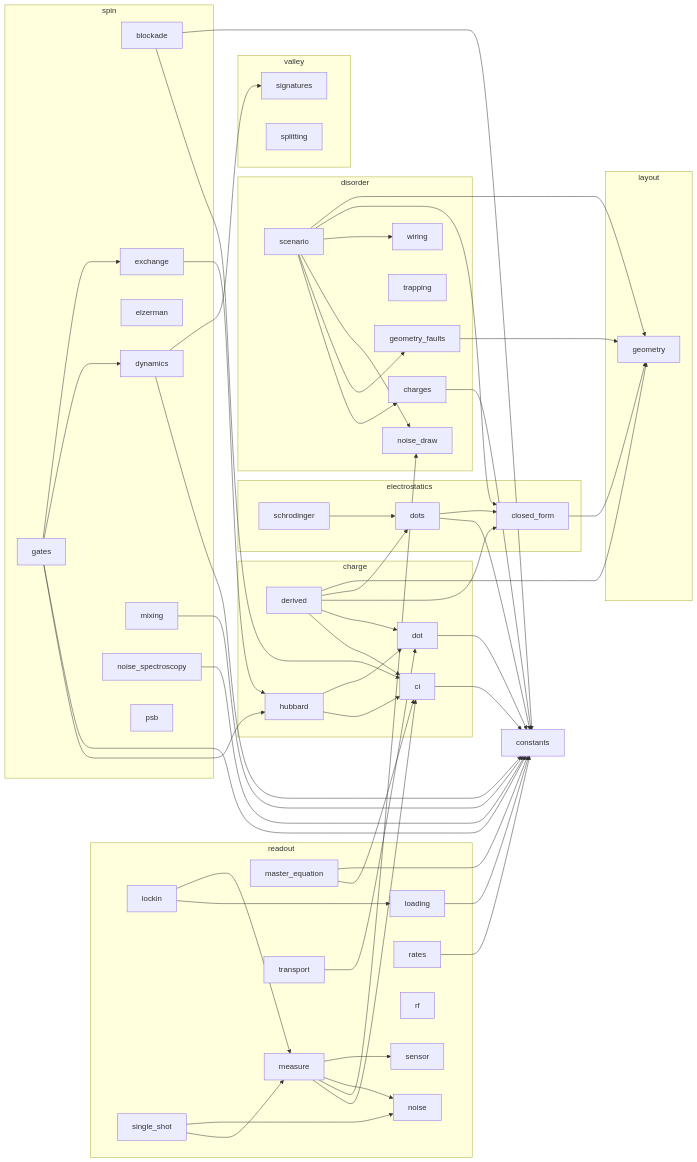
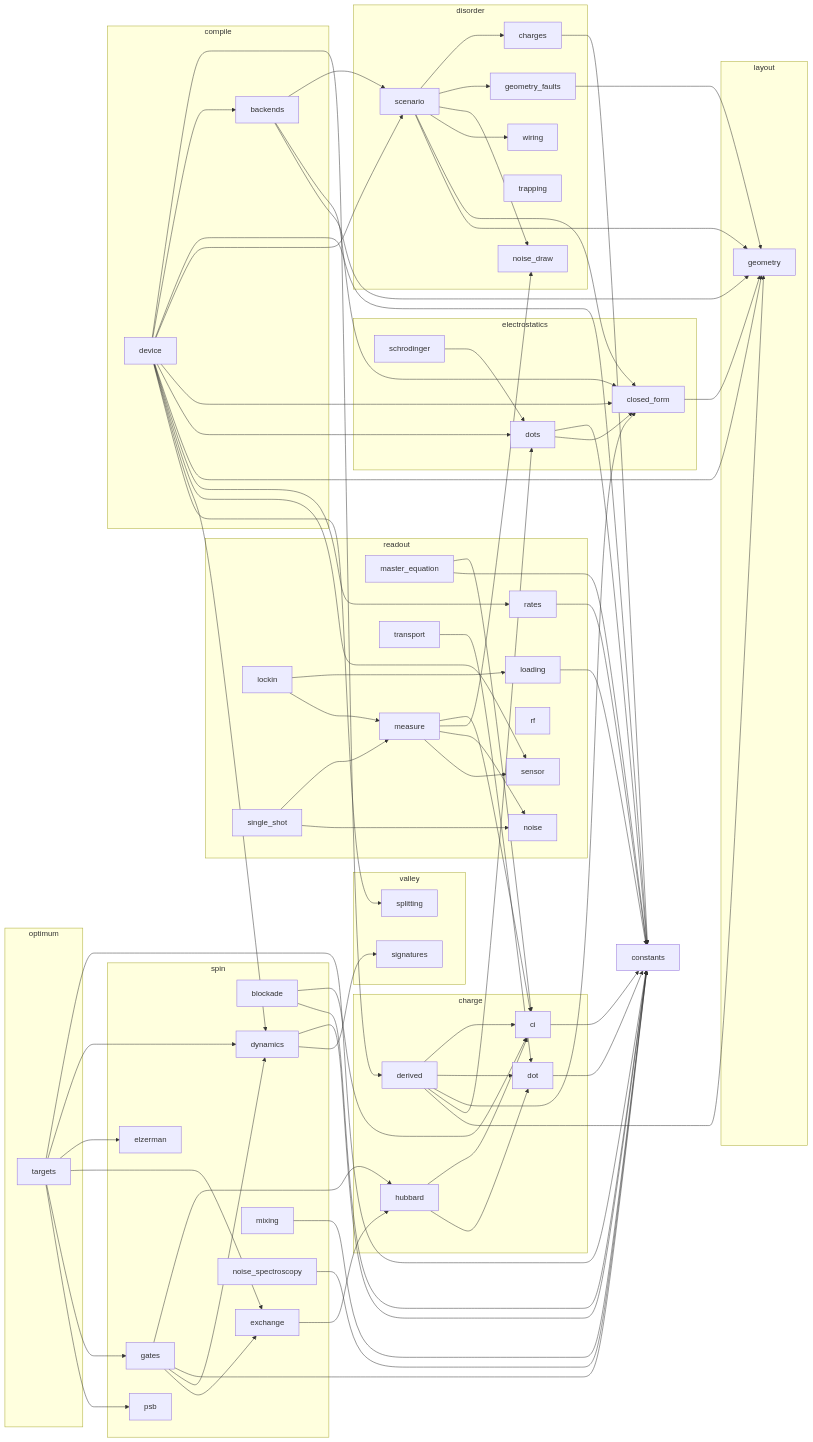
The second of 2 diagrams in docs/MODELS.md (CowboyQuantum/phantom), drawn with Mermaid before and after one commit. The commit also changed other lines of this file and 24 other files, not shown here.

```diff
--- a/docs/MODELS.md
+++ b/docs/MODELS.md
@@ -243,6 +267,13 @@
     spin_noise_spectroscopy["noise_spectroscopy"]
     spin_psb["psb"]
   end
+  subgraph optimum
+    optimum_targets["targets"]
+  end
+  subgraph compile
+    compile_backends["backends"]
+    compile_device["device"]
+  end
   charge_ci --> constants
   charge_derived --> charge_ci
   charge_derived --> charge_dot
@@ -252,6 +283,20 @@
   charge_dot --> constants
   charge_hubbard --> charge_ci
   charge_hubbard --> charge_dot
+  compile_backends --> disorder_scenario
+  compile_backends --> electrostatics_closed_form
+  compile_backends --> layout_geometry
+  compile_device --> charge_derived
+  compile_device --> compile_backends
+  compile_device --> constants
+  compile_device --> disorder_scenario
+  compile_device --> electrostatics_closed_form
+  compile_device --> electrostatics_dots
+  compile_device --> layout_geometry
+  compile_device --> readout_rates
+  compile_device --> readout_sensor
+  compile_device --> spin_dynamics
+  compile_device --> valley_splitting
   disorder_charges --> constants
   disorder_geometry_faults --> layout_geometry
   disorder_scenario --> disorder_charges
@@ -264,6 +309,12 @@
   electrostatics_dots --> constants
   electrostatics_dots --> electrostatics_closed_form
   electrostatics_schrodinger --> electrostatics_dots
+  optimum_targets --> constants
+  optimum_targets --> spin_dynamics
+  optimum_targets --> spin_elzerman
+  optimum_targets --> spin_exchange
+  optimum_targets --> spin_gates
+  optimum_targets --> spin_psb
   readout_loading --> constants
   readout_lockin --> readout_loading
   readout_lockin --> readout_measure
```
